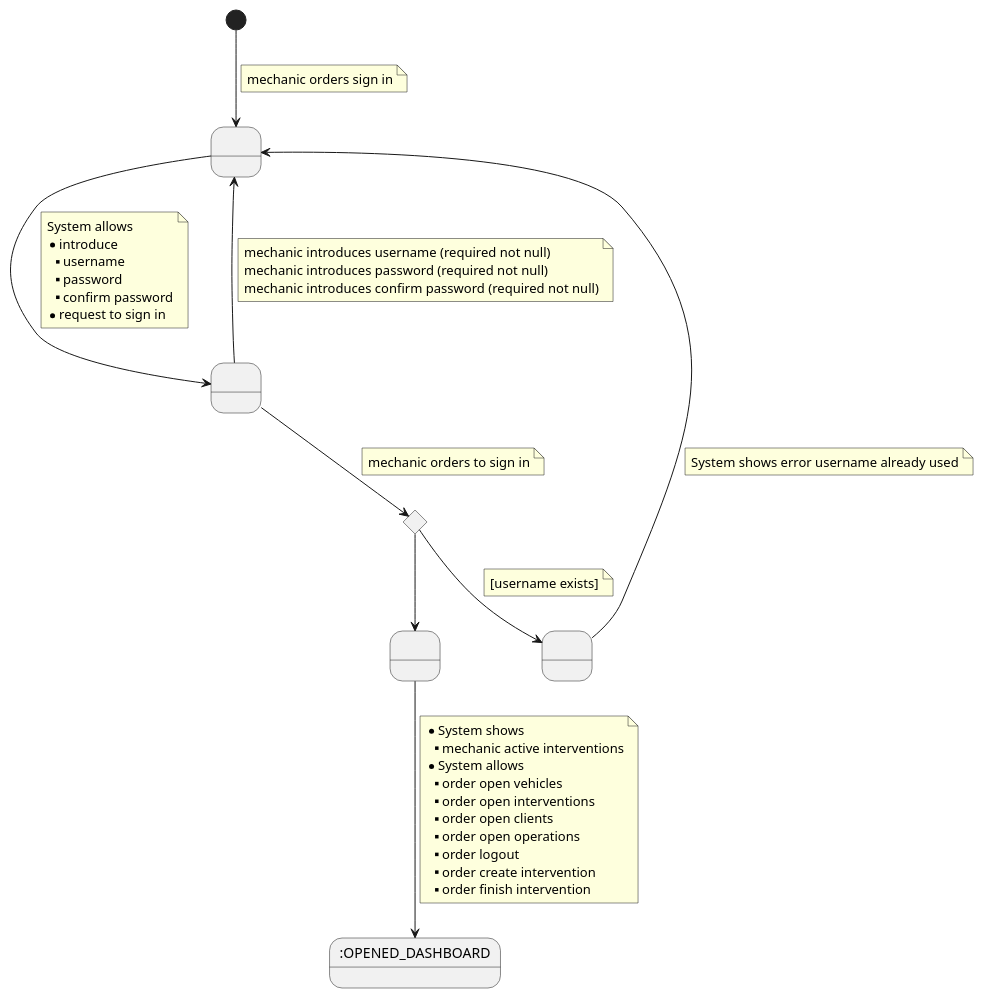
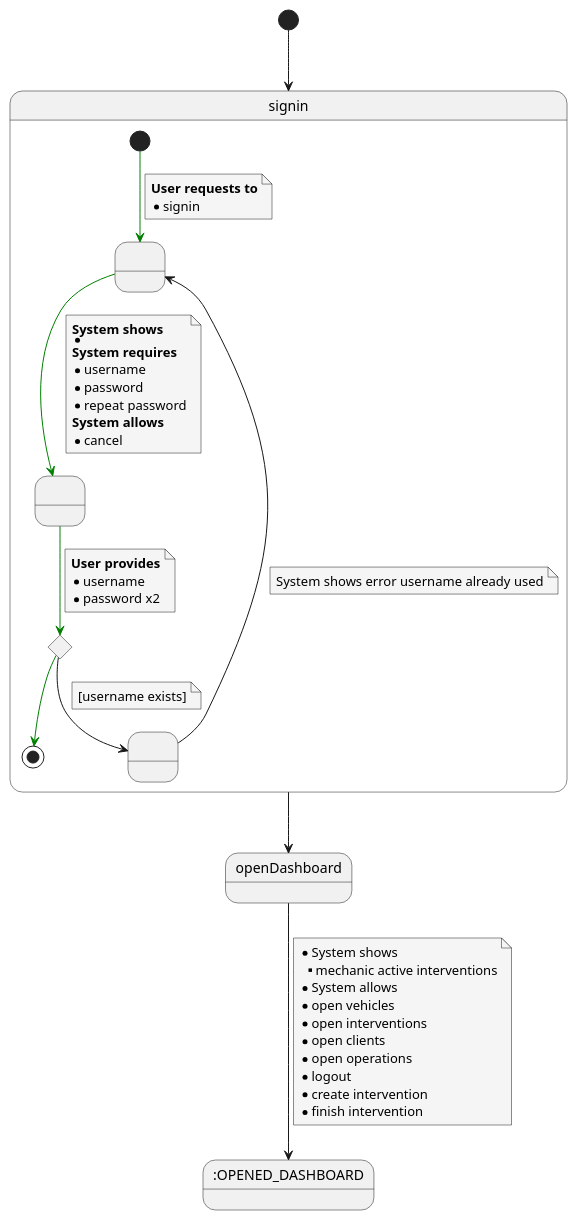
Before and after one commit to Ruskab/agrimManager: the diagram in documentation/1requiremets/usecases_specification/puml/signin.puml, drawn with PlantUML. The commit also changed 4 other files, not shown here.

```diff
--- a/documentation/1requiremets/usecases_specification/puml/signin.puml
+++ b/documentation/1requiremets/usecases_specification/puml/signin.puml
@@ -1,60 +1,72 @@
 @startuml
+skinparam {
+    NoteBackgroundColor #whiteSmoke
+}
 
+state 7 as ":OPENED_DASHBOARD"
+
+[*] --> signin
+
+state signin {
 state 2 as " "
 state 3 as " "
-state 6 as " "
 state 9 as " "
-state 7 as ":OPENED_DASHBOARD"
 state 4 <<choice>>
 
-[*] --> 2
+[*] -[#Green]-> 2
 note on link
-    mechanic orders sign in
+    <b>User requests to</b>
+    * signin
 end note
 
-2 --> 3
+2 -[#Green]-> 3
 note on link
-    System allows
-    * introduce
-    ** username
-    ** password
-    ** confirm password
-    * request to sign in
+<b>System shows</b>
+*  
+<b>System requires</b>
+* username
+* password
+* repeat password
+<b>System allows</b>
+* cancel
 end note
 
-3 --> 2
+3 -[#Green]-> 4
 note on link
-    mechanic introduces username (required not null)
-    mechanic introduces password (required not null)
-    mechanic introduces confirm password (required not null)
+<b>User provides</b>
+* username
+* password x2
 end note
 
-3 --> 4
+4 -[#Green]-> [*]
+
+4 --> 9
 note on link
-    mechanic orders to sign in
+[username exists]
 end note
 
-4 --> 6
+9 --> 2
+note on link
+    System shows error username already used
+end note
 
-6 --> 7
+}
+
+signin --> openDashboard
+
+openDashboard --> 7
 note on link
     * System shows
     ** mechanic active interventions
     * System allows
-    ** order open vehicles
-    ** order open interventions
-    ** order open clients
-    ** order open operations
-    ** order logout
-    ** order create intervention
-    ** order finish intervention
+    * open vehicles
+    * open interventions
+    * open clients
+    * open operations
+    * logout
+    * create intervention
+    * finish intervention
 end note
-4 --> 9
-note on link
-[username exists]
-end note
-9 --> 2
-note on link
-    System shows error username already used
-end note
+
+
 @enduml
```
